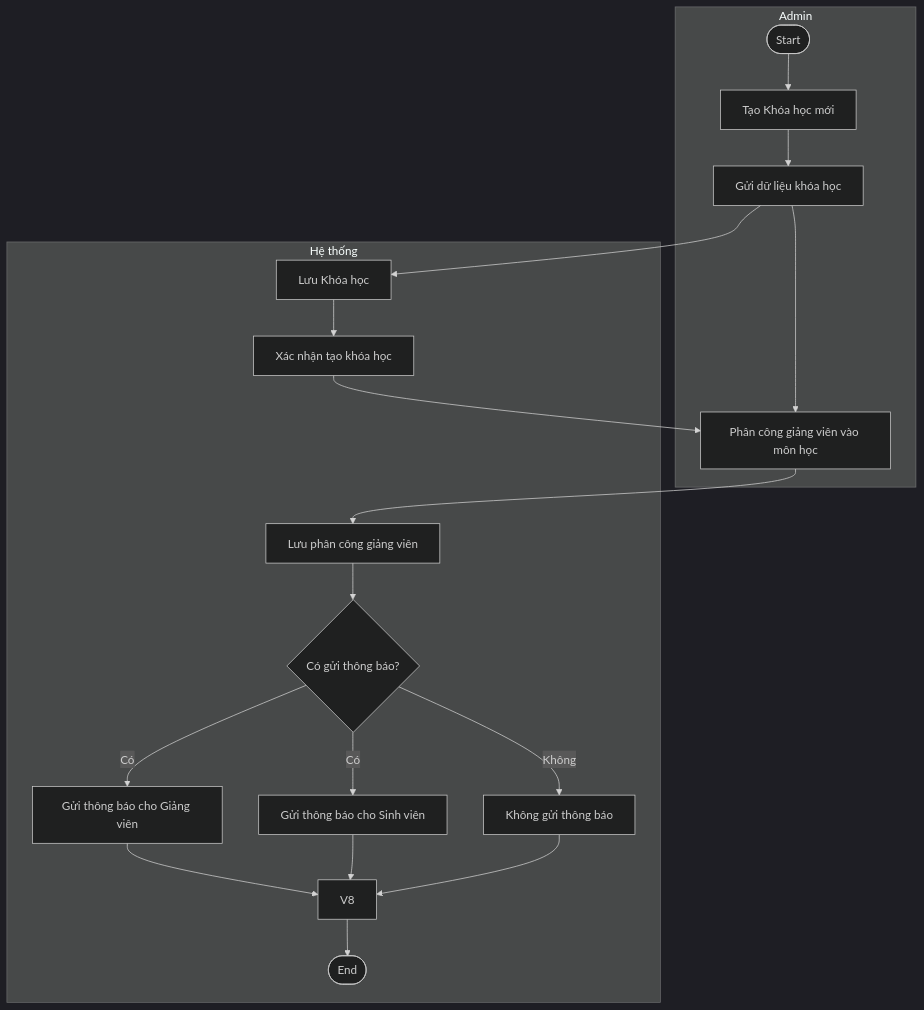
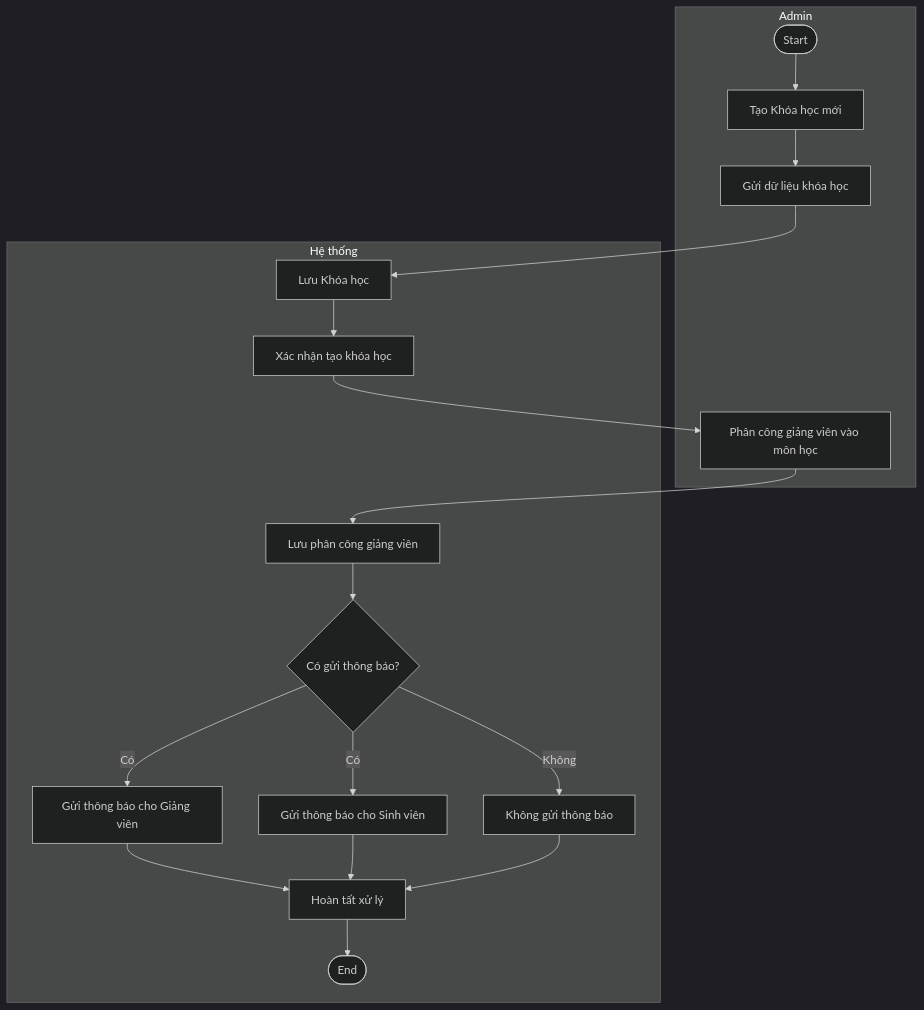
The fourth of 4 diagrams in Activity_Diagram.md (barotoichoi/PTTKHT-Group3), drawn with Mermaid (dark theme) before and after one commit.

Commit message:
Cập nhật

````diff
--- a/Activity_Diagram.md
+++ b/Activity_Diagram.md
@@ -86,23 +86,23 @@
 ```mermaid
 flowchart TB
     subgraph Admin[Admin]
         U1([Start]) --> U2[Tạo Khóa học mới]
         U2 --> U3[Gửi dữ liệu khóa học]
-        U3 --> U4[Phân công giảng viên vào môn học]
+        U4[Phân công giảng viên vào môn học]
     end
 
     subgraph System[Hệ thống]
         U3 --> V1[Lưu Khóa học]
         V1 --> V2[Xác nhận tạo khóa học]
         V2 --> U4
         U4 --> V3[Lưu phân công giảng viên]
         V3 --> V4{Có gửi thông báo?}
         V4 -->|Có| V5[Gửi thông báo cho Giảng viên]
         V4 -->|Có| V6[Gửi thông báo cho Sinh viên]
         V4 -->|Không| V7[Không gửi thông báo]
-        V5 --> V8
+        V5 --> V8[Hoàn tất xử lý]
         V6 --> V8
         V7 --> V8
         V8 --> Z([End])
     end
 ```
````
